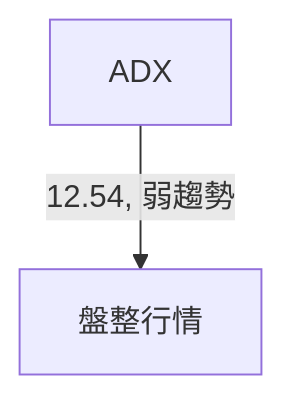
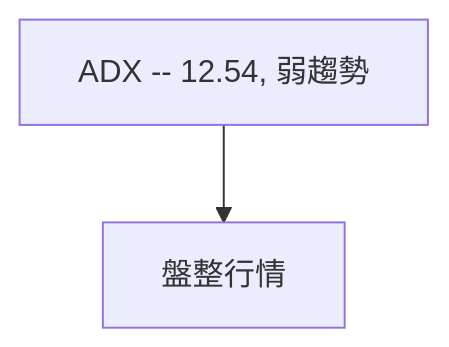
The third of 9 diagrams in ai_gen_report/stock/onds/technical_analysis_2026-04-16_openai.md (yennanliu/finance_data), drawn with Mermaid before and after one commit. The commit also changed other lines of this file and 2258 other files, not shown here.

First line of the commit message:
chore: backfill Mermaid syntax repair across existing reports

````diff
--- a/ai_gen_report/stock/onds/technical_analysis_2026-04-16_openai.md
+++ b/ai_gen_report/stock/onds/technical_analysis_2026-04-16_openai.md
@@ -139,4 +139,4 @@
 ```mermaid
 graph TD
-    ADX -- 12.54, 弱趨勢 --> 盤整行情
+    nb1["ADX -- 12.54, 弱趨勢"] --> 盤整行情
 ```
````
